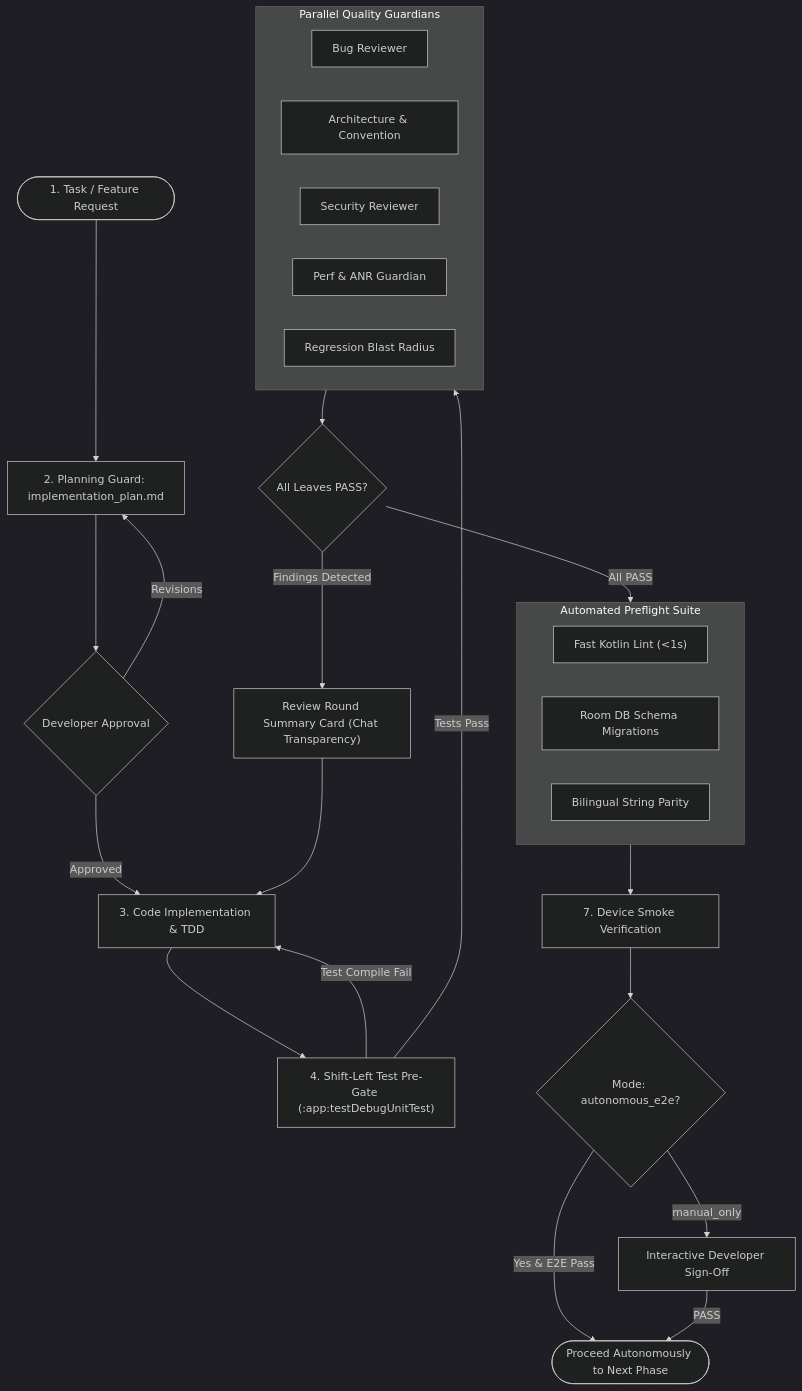
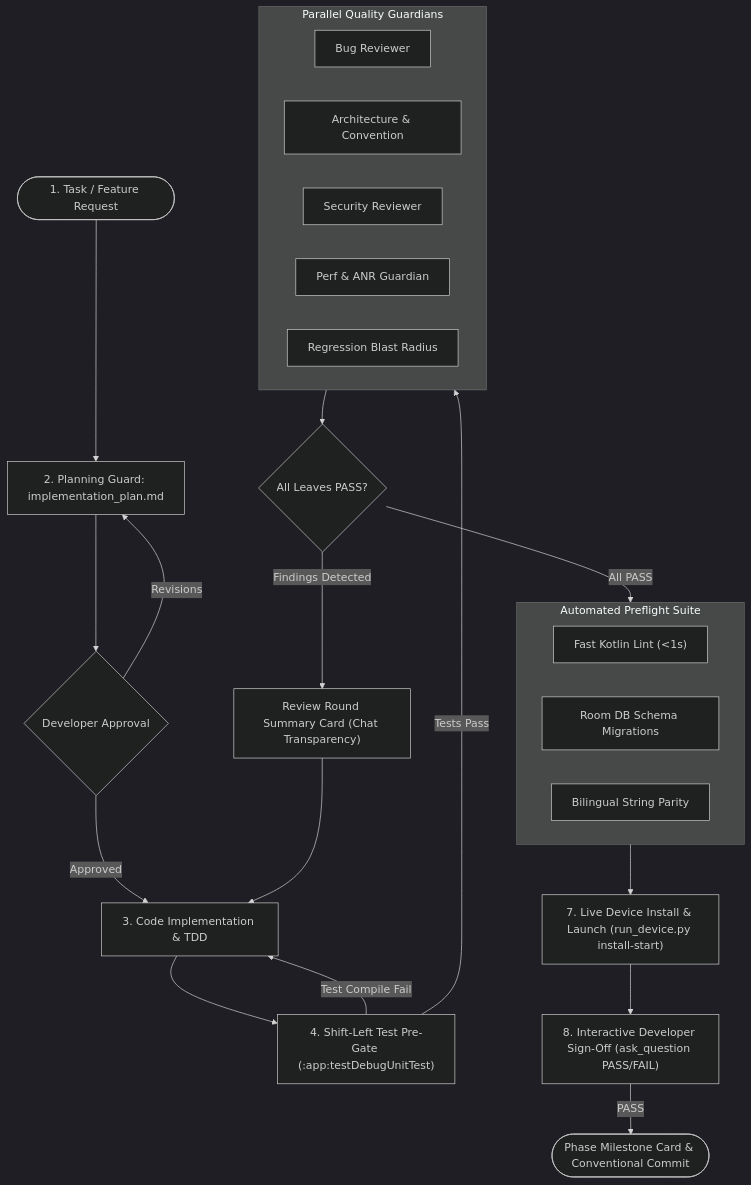
One commit to rabee-elkholy/android-agent-harness changed the second of 2 diagrams in docs/architecture.md. Above: the diagram before and after it, drawn with Mermaid (dark theme). The commit also changed 3 other files, not shown here.

Commit message:
docs: synchronize architecture, svg pipeline, wizard and porting guides with manual checklist mode

````diff
--- a/docs/architecture.md
+++ b/docs/architecture.md
@@ -61,36 +61,34 @@
 ```mermaid
 flowchart TD
     Start(["1. Task / Feature Request"]) --> Plan["2. Planning Guard: implementation_plan.md"]
     Plan --> Approval{"Developer Approval"}
     Approval -- Revisions --> Plan
     Approval -- Approved --> Code["3. Code Implementation & TDD"]
 
     Code --> PreTest["4. Shift-Left Test Pre-Gate (:app:testDebugUnitTest)"]
     PreTest -- Test Compile Fail --> Code
     PreTest -- Tests Pass --> ReviewGate["5. Parallel Review Gate (Single Invoke)"]
     
     subgraph ReviewGate ["Parallel Quality Guardians"]
         R1["Bug Reviewer"]
         R2["Architecture & Convention"]
         R3["Security Reviewer"]
         R4["Perf & ANR Guardian"]
         R5["Regression Blast Radius"]
     end
 
     ReviewGate --> Verdict{"All Leaves PASS?"}
     Verdict -- Findings Detected --> Card["Review Round Summary Card (Chat Transparency)"]
     Card --> Code
     Verdict -- All PASS --> Preflight["6. Preflight Gate & :app:assembleDebug"]
 
     subgraph Preflight ["Automated Preflight Suite"]
         P1["Fast Kotlin Lint (<1s)"]
         P2["Room DB Schema Migrations"]
         P3["Bilingual String Parity"]
     end
 
-    Preflight --> Device["7. Device Smoke Verification"]
-    Device --> E2E{"Mode: autonomous_e2e?"}
-    E2E -- Yes & E2E Pass --> NextPhase(["Proceed Autonomously to Next Phase"])
-    E2E -- manual_only --> ManualModal["Interactive Developer Sign-Off"]
-    ManualModal -- PASS --> NextPhase
+    Preflight --> Device["7. Live Device Install & Launch (run_device.py install-start)"]
+    Device --> ManualModal["8. Interactive Developer Sign-Off (ask_question PASS/FAIL)"]
+    ManualModal -- PASS --> NextPhase(["Phase Milestone Card & Conventional Commit"])
 ```
````
